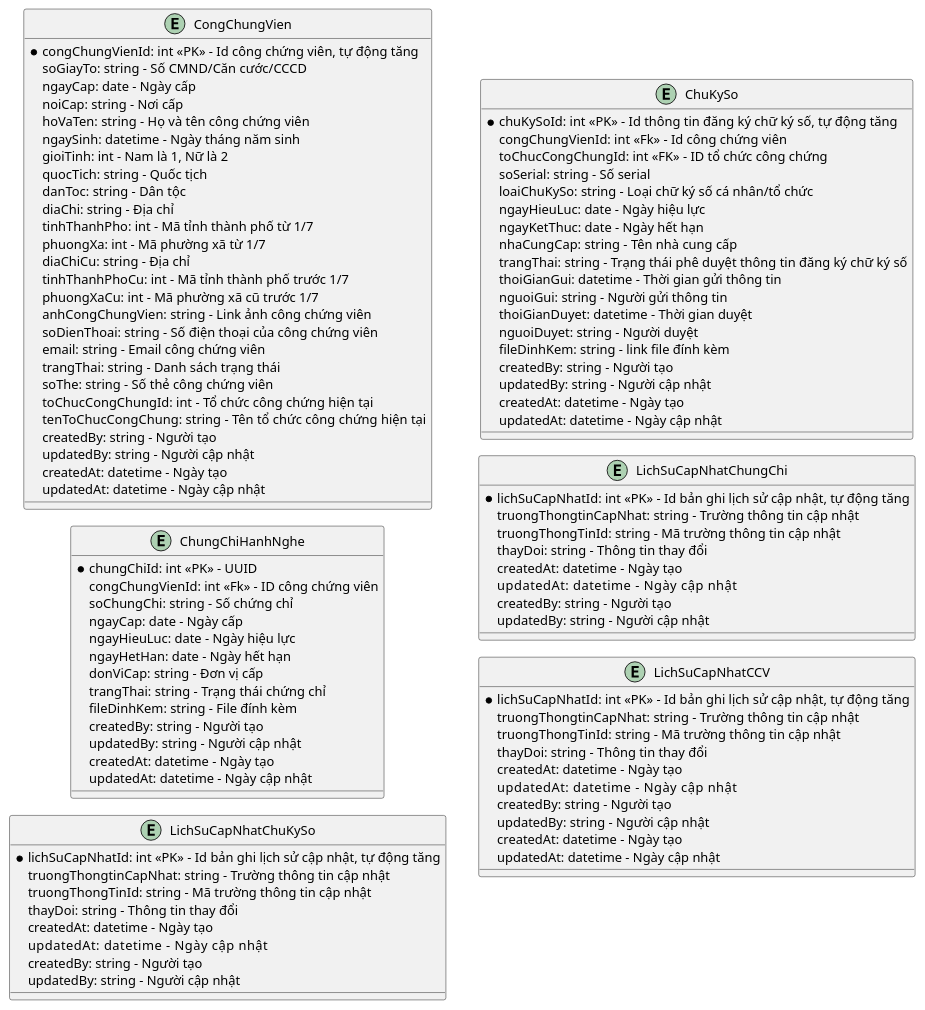
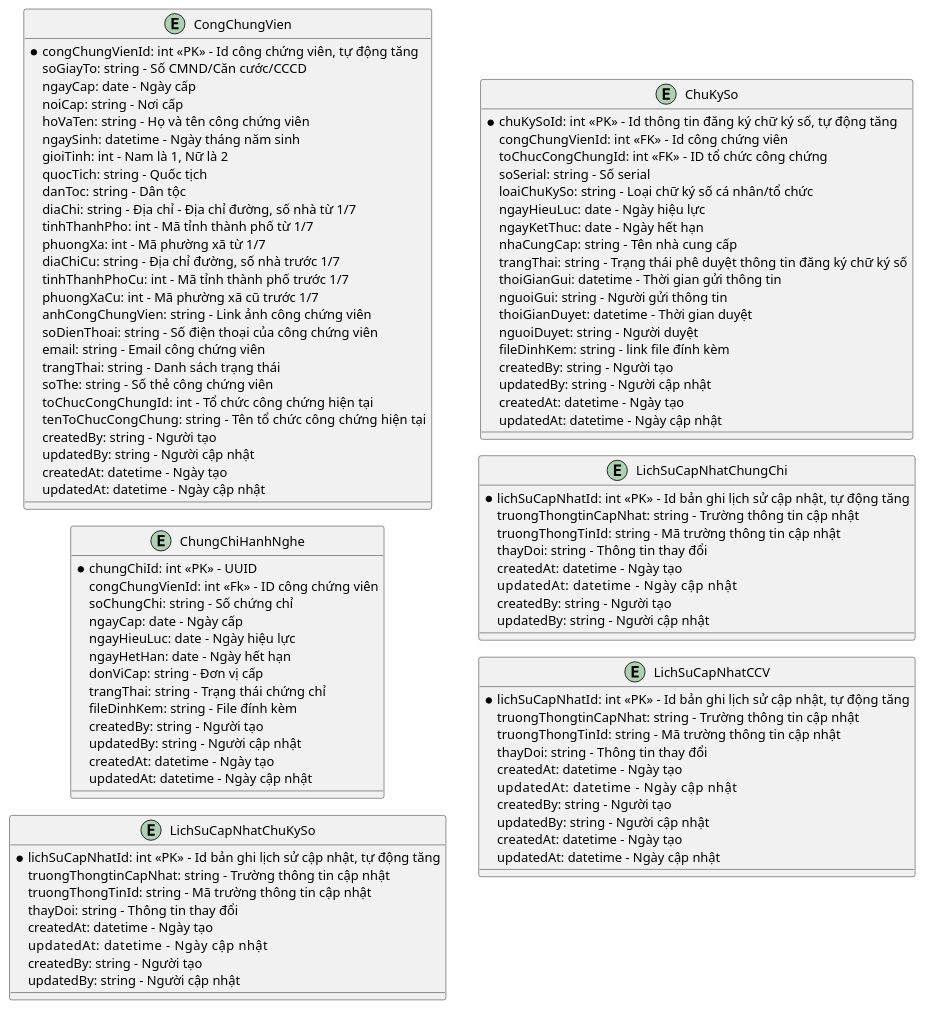
Before and after one commit to phuongpm23/nds-docs-test: the diagram in Quản lý công chứng viên/3.ldm.puml, drawn with PlantUML. The commit also changed 1 other file, not shown here.

Commit message:
Update erd, ldm

```diff
--- a/Quản lý công chứng viên/3.ldm.puml
+++ b/Quản lý công chứng viên/3.ldm.puml
@@ -1,111 +1,111 @@
 @startuml ldm
 !pragma layout smetana
 left to right direction
 
 entity CongChungVien
 entity ChungChiHanhNghe
 entity LichSuCapNhatChuKySo
 entity ChuKySo
 entity LichSuCapNhatChungChi
 entity LichSuCapNhatCCV
 
 entity CongChungVien {
   *congChungVienId: int <<PK>> - Id công chứng viên, tự động tăng
   soGiayTo: string - Số CMND/Căn cước/CCCD 
   ngayCap: date - Ngày cấp
   noiCap: string - Nơi cấp
   hoVaTen: string - Họ và tên công chứng viên
   ngaySinh: datetime - Ngày tháng năm sinh
   gioiTinh: int - Nam là 1, Nữ là 2
   quocTich: string - Quốc tịch
   danToc: string - Dân tộc
-  diaChi: string - Địa chỉ
+  diaChi: string - Địa chỉ - Địa chỉ đường, số nhà từ 1/7
   tinhThanhPho: int - Mã tỉnh thành phố từ 1/7
   phuongXa: int - Mã phường xã từ 1/7
-  diaChiCu: string - Địa chỉ
+  diaChiCu: string - Địa chỉ đường, số nhà trước 1/7
   tinhThanhPhoCu: int - Mã tỉnh thành phố trước 1/7
   phuongXaCu: int - Mã phường xã cũ trước 1/7
   anhCongChungVien: string - Link ảnh công chứng viên
   soDienThoai: string - Số điện thoại của công chứng viên
   email: string - Email công chứng viên
   trangThai: string - Danh sách trạng thái
   soThe: string - Số thẻ công chứng viên
   toChucCongChungId: int - Tổ chức công chứng hiện tại
   tenToChucCongChung: string - Tên tổ chức công chứng hiện tại
   createdBy: string - Người tạo
   updatedBy: string - Người cập nhật
   createdAt: datetime - Ngày tạo
   updatedAt: datetime - Ngày cập nhật
 }
 
 entity ChungChiHanhNghe {
   *chungChiId: int <<PK>> - UUID
   congChungVienId: int <<Fk>> - ID công chứng viên
   soChungChi: string - Số chứng chỉ
   ngayCap: date - Ngày cấp
   ngayHieuLuc: date - Ngày hiệu lực
   ngayHetHan: date - Ngày hết hạn
   donViCap: string - Đơn vị cấp
   trangThai: string - Trạng thái chứng chỉ
   fileDinhKem: string - File đính kèm
   createdBy: string - Người tạo
   updatedBy: string - Người cập nhật
   createdAt: datetime - Ngày tạo
   updatedAt: datetime - Ngày cập nhật
 }
 
 entity ChuKySo {
   *chuKySoId: int <<PK>> - Id thông tin đăng ký chữ ký số, tự động tăng
-  congChungVienId: int <<Fk>> - Id công chứng viên
+  congChungVienId: int <<FK>> - Id công chứng viên
   toChucCongChungId: int <<FK>> - ID tổ chức công chứng
   soSerial: string - Số serial
   loaiChuKySo: string - Loại chữ ký số cá nhân/tổ chức
   ngayHieuLuc: date - Ngày hiệu lực
   ngayKetThuc: date - Ngày hết hạn
   nhaCungCap: string - Tên nhà cung cấp
   trangThai: string - Trạng thái phê duyệt thông tin đăng ký chữ ký số
   thoiGianGui: datetime - Thời gian gửi thông tin
   nguoiGui: string - Người gửi thông tin
   thoiGianDuyet: datetime - Thời gian duyệt
   nguoiDuyet: string - Người duyệt
   fileDinhKem: string - link file đính kèm
   createdBy: string - Người tạo
   updatedBy: string - Người cập nhật
   createdAt: datetime - Ngày tạo
   updatedAt: datetime - Ngày cập nhật
 }
 
 entity LichSuCapNhatCCV {
   *lichSuCapNhatId: int <<PK>> - Id bản ghi lịch sử cập nhật, tự động tăng
   truongThongtinCapNhat: string - Trường thông tin cập nhật
   truongThongTinId: string - Mã trường thông tin cập nhật
   thayDoi: string - Thông tin thay đổi
   createdAt: datetime - Ngày tạo
   updatedAt: datetime      - Ngày cập nhật
   createdBy: string - Người tạo
   updatedBy: string - Người cập nhật
   createdAt: datetime - Ngày tạo
   updatedAt: datetime - Ngày cập nhật
 }
 entity LichSuCapNhatChuKySo {
   *lichSuCapNhatId: int <<PK>> - Id bản ghi lịch sử cập nhật, tự động tăng
   truongThongtinCapNhat: string - Trường thông tin cập nhật
   truongThongTinId: string - Mã trường thông tin cập nhật
   thayDoi: string - Thông tin thay đổi
   createdAt: datetime - Ngày tạo
   updatedAt: datetime      - Ngày cập nhật
   createdBy: string - Người tạo
   updatedBy: string - Người cập nhật
 }
 entity LichSuCapNhatChungChi {
   *lichSuCapNhatId: int <<PK>> - Id bản ghi lịch sử cập nhật, tự động tăng
   truongThongtinCapNhat: string - Trường thông tin cập nhật
   truongThongTinId: string - Mã trường thông tin cập nhật
   thayDoi: string - Thông tin thay đổi
   createdAt: datetime - Ngày tạo
   updatedAt: datetime      - Ngày cập nhật
   createdBy: string - Người tạo
   updatedBy: string - Người cập nhật
 }
 
 @enduml
```
